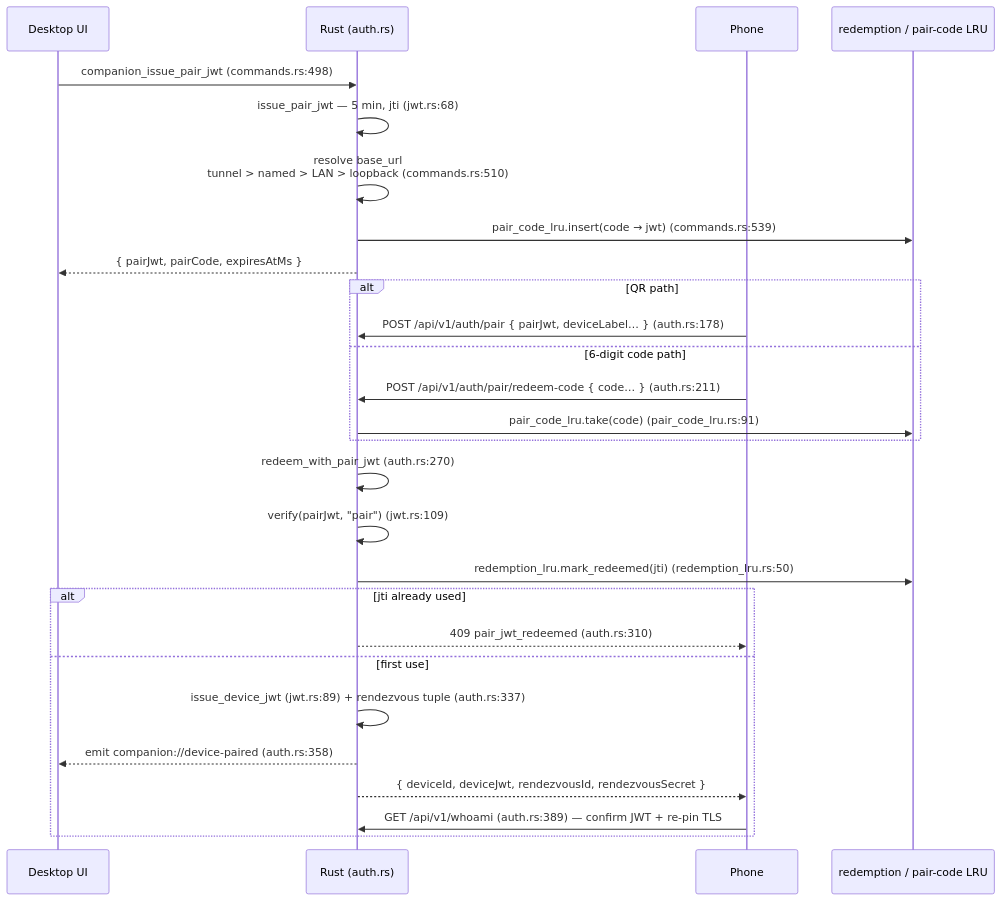
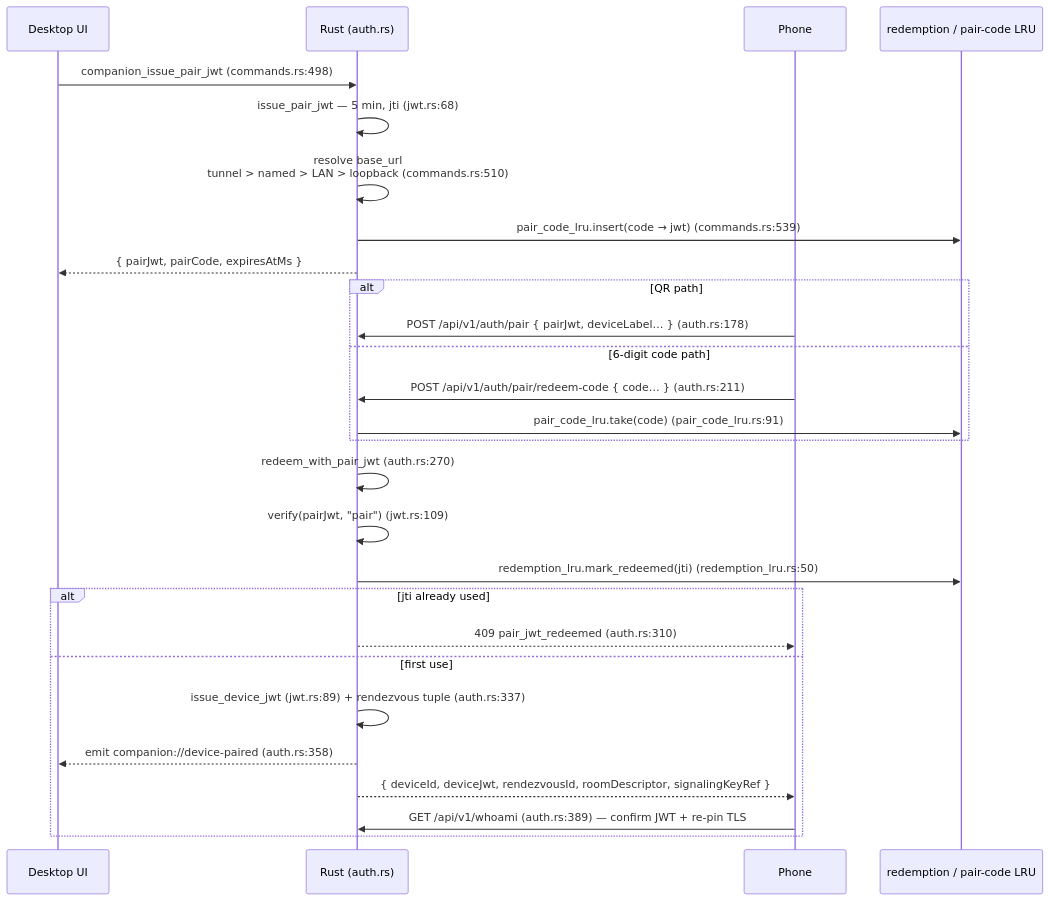
The second of 2 diagrams in docs/content/docs/en/subsystems/companion-api/server-and-auth.mdx (MaxQian888/cognia-next), drawn with Mermaid before and after one commit. The commit also changed other lines of this file and 32 other files, not shown here.

First line of the commit message:
docs(architecture): document the cross-device platform

````diff
--- a/docs/content/docs/en/subsystems/companion-api/server-and-auth.mdx
+++ b/docs/content/docs/en/subsystems/companion-api/server-and-auth.mdx
@@ -143,32 +143,32 @@
 ```mermaid
 sequenceDiagram
   participant D as Desktop UI
   participant R as Rust (auth.rs)
   participant P as Phone
   participant L as redemption / pair-code LRU
 
   D->>R: companion_issue_pair_jwt (commands.rs:498)
   R->>R: issue_pair_jwt — 5 min, jti (jwt.rs:68)
   R->>R: resolve base_url<br/>tunnel > named > LAN > loopback (commands.rs:510)
   R->>L: pair_code_lru.insert(code → jwt) (commands.rs:539)
   R-->>D: { pairJwt, pairCode, expiresAtMs }
 
   alt QR path
     P->>R: POST /api/v1/auth/pair { pairJwt, deviceLabel… } (auth.rs:178)
   else 6-digit code path
     P->>R: POST /api/v1/auth/pair/redeem-code { code… } (auth.rs:211)
     R->>L: pair_code_lru.take(code) (pair_code_lru.rs:91)
   end
 
   R->>R: redeem_with_pair_jwt (auth.rs:270)
   R->>R: verify(pairJwt, "pair") (jwt.rs:109)
   R->>L: redemption_lru.mark_redeemed(jti) (redemption_lru.rs:50)
   alt jti already used
     R-->>P: 409 pair_jwt_redeemed (auth.rs:310)
   else first use
     R->>R: issue_device_jwt (jwt.rs:89) + rendezvous tuple (auth.rs:337)
     R-->>D: emit companion://device-paired (auth.rs:358)
-    R-->>P: { deviceId, deviceJwt, rendezvousId, rendezvousSecret }
+    R-->>P: { deviceId, deviceJwt, rendezvousId, roomDescriptor, signalingKeyRef }
     P->>R: GET /api/v1/whoami (auth.rs:389) — confirm JWT + re-pin TLS
   end
 ```
````
